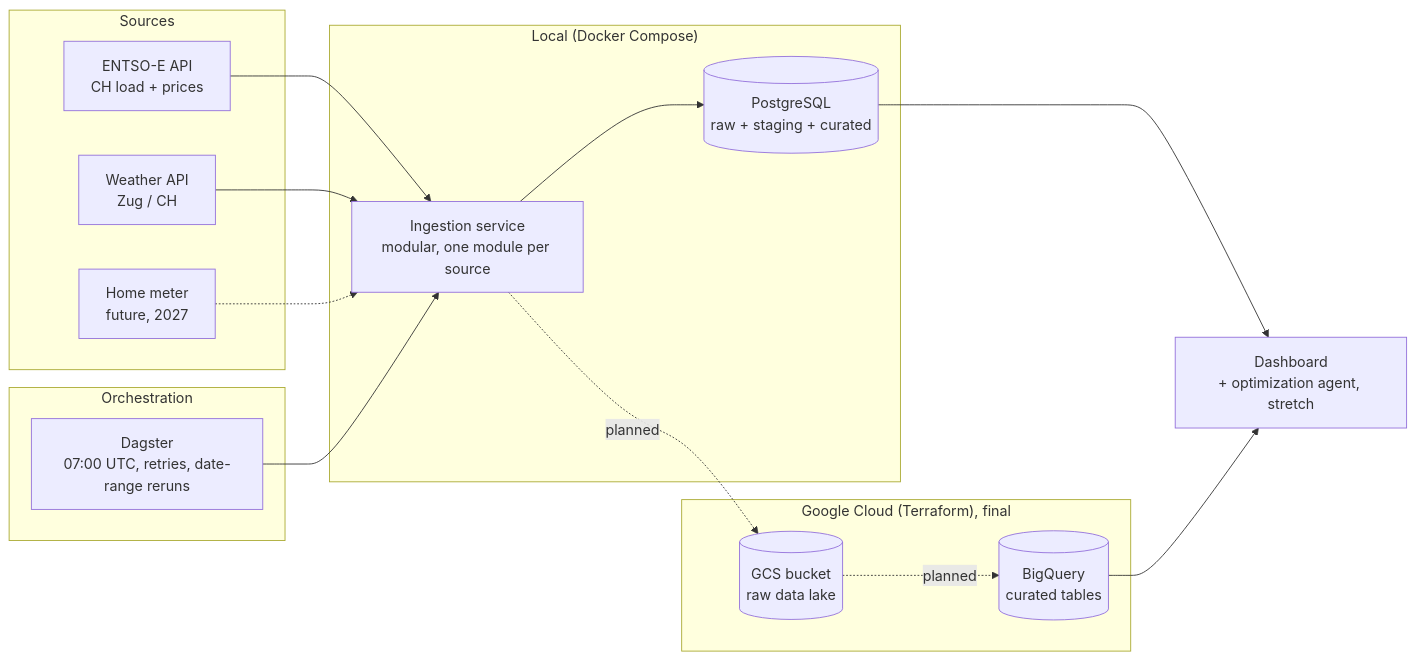
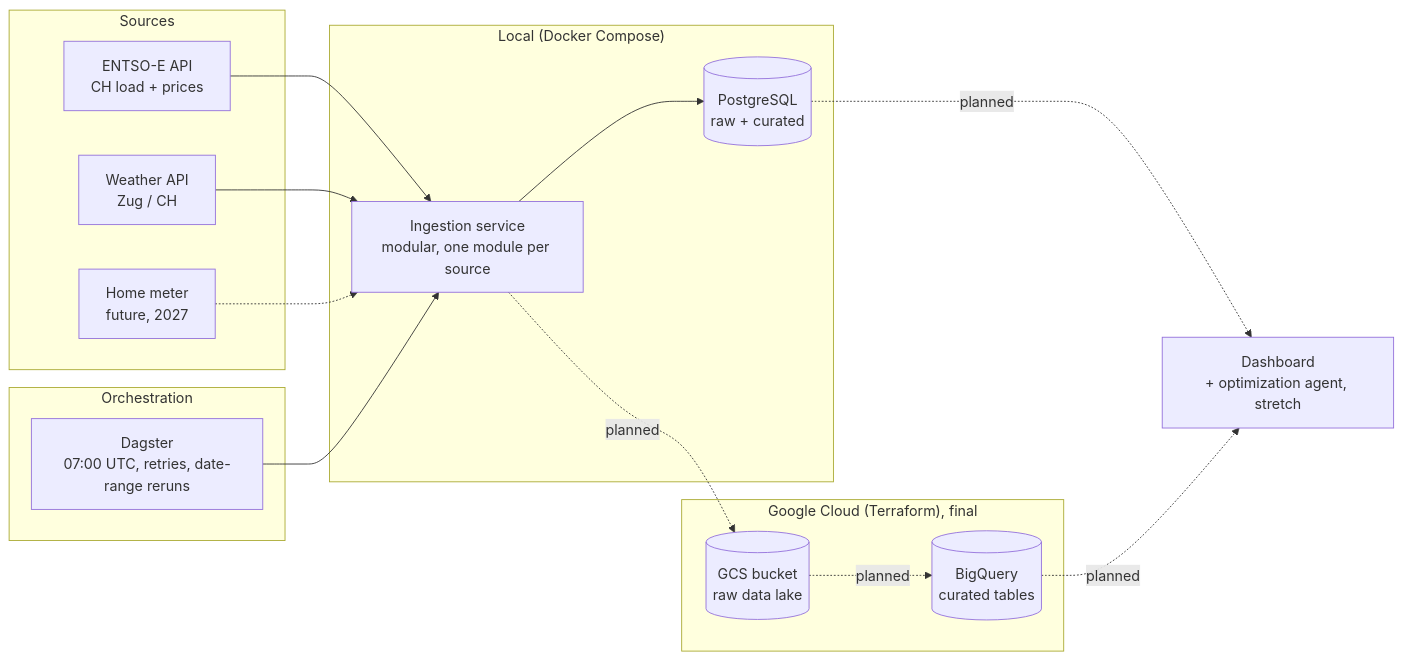
The diagram in docs/architecture.md (0xff4b/saftimize), drawn with Mermaid before and after one commit. The commit also changed other lines of this file and 2 other files, not shown here.

````diff
--- a/docs/architecture.md
+++ b/docs/architecture.md
@@ -11,34 +15,34 @@
 ```mermaid
 flowchart LR
     subgraph Sources
         E[ENTSO-E API<br/>CH load + prices]
         W[Weather API<br/>Zug / CH]
         M[Home meter<br/>future, 2027]
     end
 
     subgraph Orchestration
         O[Dagster<br/>07:00 UTC, retries, date-range reruns]
     end
 
     subgraph Local["Local (Docker Compose)"]
         I[Ingestion service<br/>modular, one module per source]
-        PG[(PostgreSQL<br/>raw + staging + curated)]
+        PG[(PostgreSQL<br/>raw + curated)]
     end
 
     subgraph Cloud["Google Cloud (Terraform), final"]
         GCS[(GCS bucket<br/>raw data lake)]
         BQ[(BigQuery<br/>curated tables)]
     end
 
     D[Dashboard<br/>+ optimization agent, stretch]
 
     E --> I
     W --> I
     M -.-> I
     O --> I
     I --> PG
     I -. planned .-> GCS
     GCS -. planned .-> BQ
-    PG --> D
-    BQ --> D
+    PG -. planned .-> D
+    BQ -. planned .-> D
 ```
````
